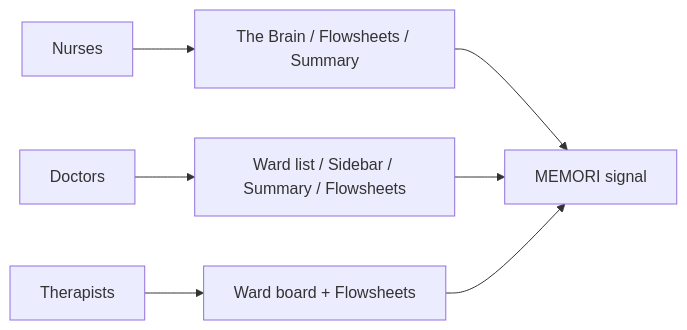
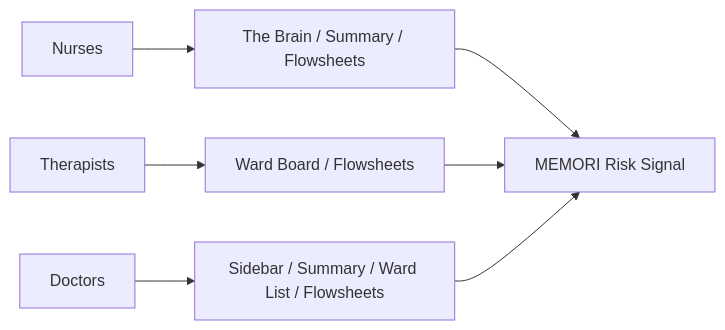
Before and after one commit to edavornyo-source/codex-test: the second of 3 diagrams in RDUH_MEMORI_Clinical_Deployment_Protocol_Rewrite.md, drawn with Mermaid. The commit also changed other lines of this file, not shown here.

Commit message:
Revise RDUH protocol with spelling fixes and workflow diagrams

````diff
--- a/RDUH_MEMORI_Clinical_Deployment_Protocol_Rewrite.md
+++ b/RDUH_MEMORI_Clinical_Deployment_Protocol_Rewrite.md
@@ -168,9 +438,9 @@
 ```mermaid
-graph LR
-    N[Nurses] --> B[The Brain / Flowsheets / Summary]
-    D[Doctors] --> L[Ward list / Sidebar / Summary / Flowsheets]
-    T[Therapists] --> W[Ward board + Flowsheets]
-    B --> M[MEMORI signal]
-    L --> M
-    W --> M
+flowchart LR
+    N[Nurses] --> TB[The Brain / Summary / Flowsheets]
+    T[Therapists] --> WB[Ward Board / Flowsheets]
+    D[Doctors] --> DS[Sidebar / Summary / Ward List / Flowsheets]
+    TB --> M[MEMORI Risk Signal]
+    WB --> M
+    DS --> M
 ```
````
